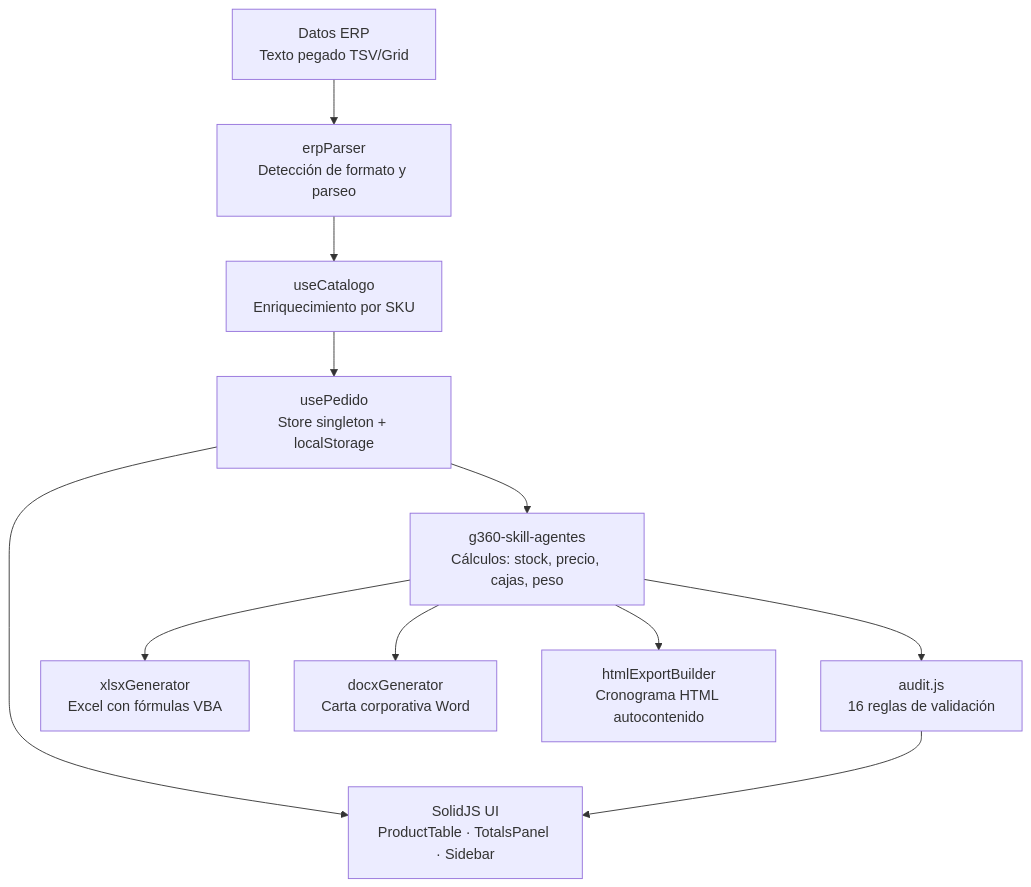
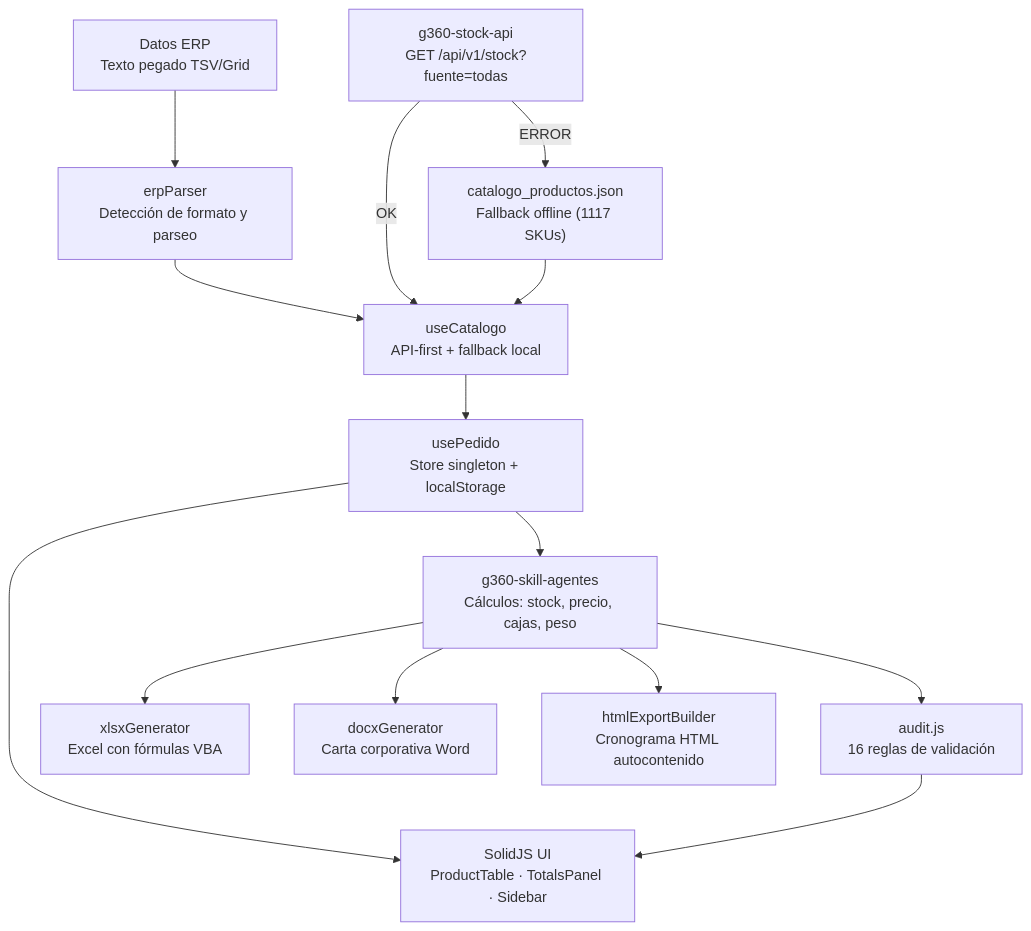
The diagram in README.md (carloscus/g360-order-xlsx), drawn with Mermaid before and after one commit. The commit also changed other lines of this file and 3 other files, not shown here.

Commit message:
feat: integra g360-stock-api como fuente de catálogo (fallback JSON local)

````diff
--- a/README.md
+++ b/README.md
@@ -16,24 +16,29 @@
 ```mermaid
 flowchart TD
     ERP["Datos ERP<br/>Texto pegado TSV/Grid"]
     PARSER["erpParser<br/>Detección de formato y parseo"]
-    CATALOG["useCatalogo<br/>Enriquecimiento por SKU"]
+    API["g360-stock-api<br/>GET /api/v1/stock?fuente=todas"]
+    FALLBACK["catalogo_productos.json<br/>Fallback offline (1117 SKUs)"]
+    CATALOG["useCatalogo<br/>API-first + fallback local"]
     STATE["usePedido<br/>Store singleton + localStorage"]
     AGENTS["g360-skill-agentes<br/>Cálculos: stock, precio, cajas, peso"]
     AUDIT["audit.js<br/>16 reglas de validación"]
     XLSX["xlsxGenerator<br/>Excel con fórmulas VBA"]
     DOCX["docxGenerator<br/>Carta corporativa Word"]
     HTML["htmlExportBuilder<br/>Cronograma HTML autocontenido"]
     UI["SolidJS UI<br/>ProductTable · TotalsPanel · Sidebar"]
 
     ERP --> PARSER
     PARSER --> CATALOG
+    API -->|OK| CATALOG
+    API -->|ERROR| FALLBACK
+    FALLBACK --> CATALOG
     CATALOG --> STATE
     STATE --> AGENTS
     AGENTS --> AUDIT
     AGENTS --> XLSX
     AGENTS --> DOCX
     AGENTS --> HTML
     STATE --> UI
     AUDIT --> UI
 ```
````
